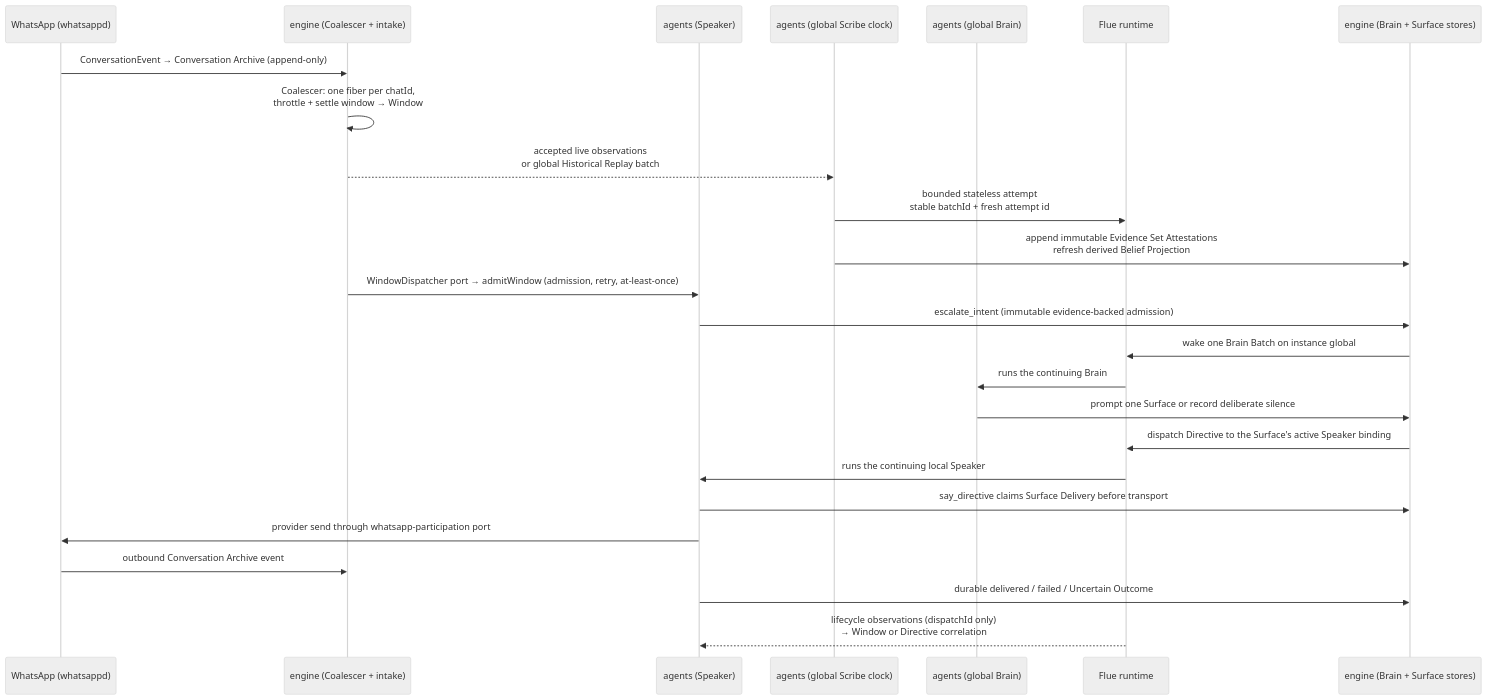
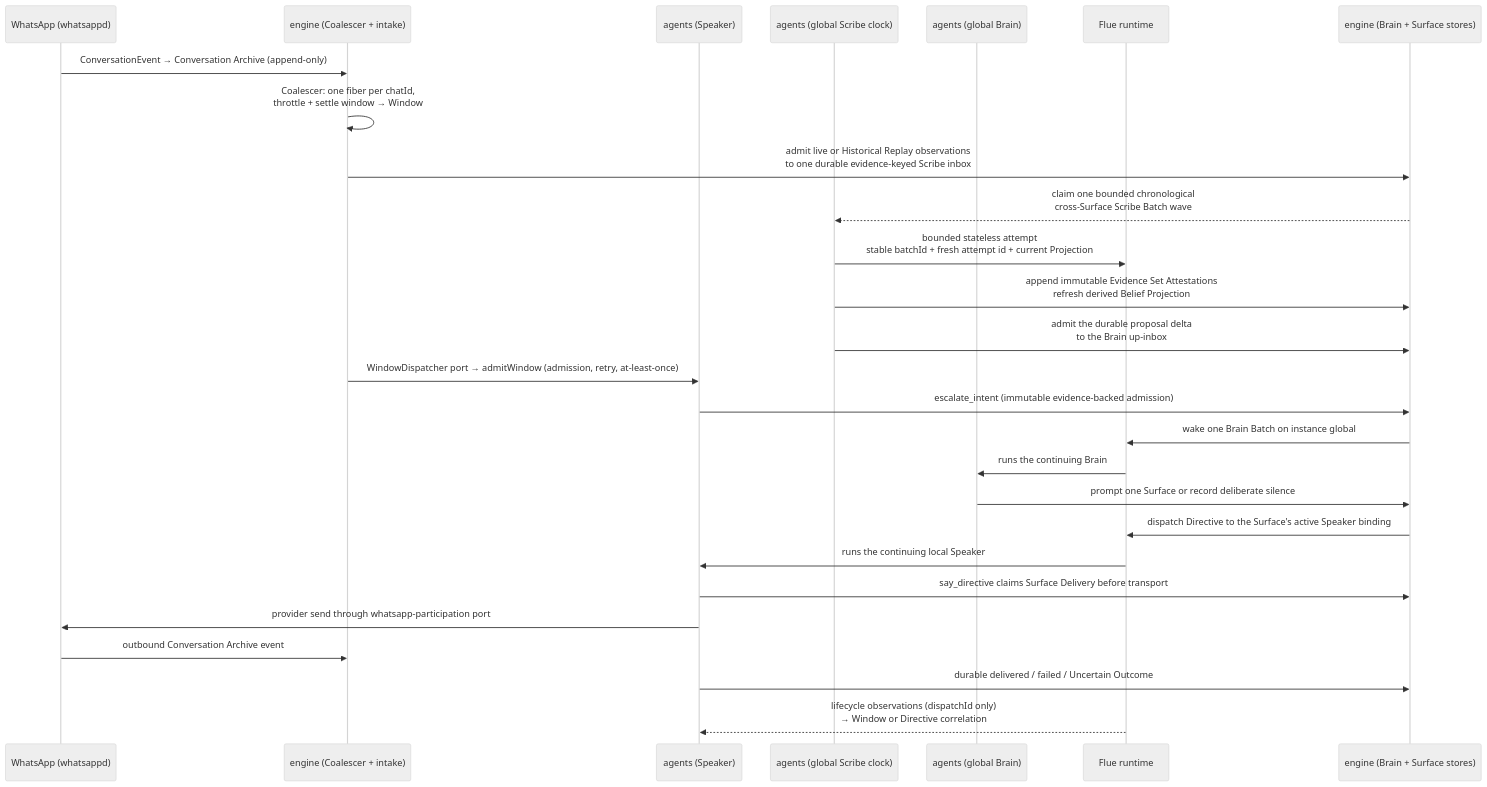
The second of 2 diagrams in docs/ARCHITECTURE.md (AaronAbuUsama/ambient-agent), drawn with Mermaid (neutral theme) before and after one commit. The commit also changed other lines of this file and 22 other files, not shown here.

````diff
--- a/docs/ARCHITECTURE.md
+++ b/docs/ARCHITECTURE.md
@@ -39,28 +39,30 @@
 ```mermaid
 sequenceDiagram
   participant WA as WhatsApp (whatsappd)
   participant ENG as engine (Coalescer + intake)
   participant SP as agents (Speaker)
   participant SC as agents (global Scribe clock)
   participant BR as agents (global Brain)
   participant FLUE as Flue runtime
   participant DB as engine (Brain + Surface stores)
 
   WA->>ENG: ConversationEvent → Conversation Archive (append-only)
   ENG->>ENG: Coalescer: one fiber per chatId,<br/>throttle + settle window → Window
-  ENG-->>SC: accepted live observations<br/>or global Historical Replay batch
-  SC->>FLUE: bounded stateless attempt<br/>stable batchId + fresh attempt id
+  ENG->>DB: admit live or Historical Replay observations<br/>to one durable evidence-keyed Scribe inbox
+  DB-->>SC: claim one bounded chronological<br/>cross-Surface Scribe Batch wave
+  SC->>FLUE: bounded stateless attempt<br/>stable batchId + fresh attempt id + current Projection
   SC->>DB: append immutable Evidence Set Attestations<br/>refresh derived Belief Projection
+  SC->>DB: admit the durable proposal delta<br/>to the Brain up-inbox
   ENG->>SP: WindowDispatcher port → admitWindow (admission, retry, at-least-once)
   SP->>DB: escalate_intent (immutable evidence-backed admission)
   DB->>FLUE: wake one Brain Batch on instance global
   FLUE->>BR: runs the continuing Brain
   BR->>DB: prompt one Surface or record deliberate silence
   DB->>FLUE: dispatch Directive to the Surface's active Speaker binding
   FLUE->>SP: runs the continuing local Speaker
   SP->>DB: say_directive claims Surface Delivery before transport
   SP->>WA: provider send through whatsapp-participation port
   WA->>ENG: outbound Conversation Archive event
   SP->>DB: durable delivered / failed / Uncertain Outcome
   FLUE-->>SP: lifecycle observations (dispatchId only)<br/>→ Window or Directive correlation
 ```
````
